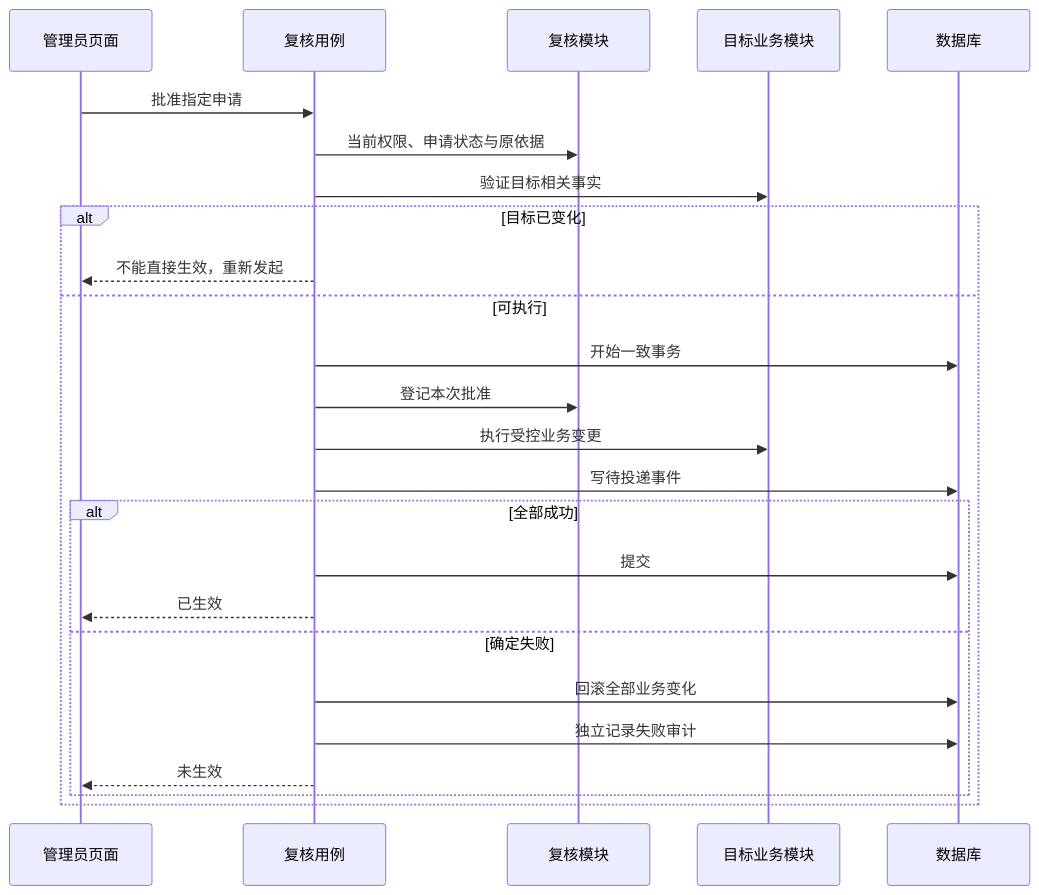
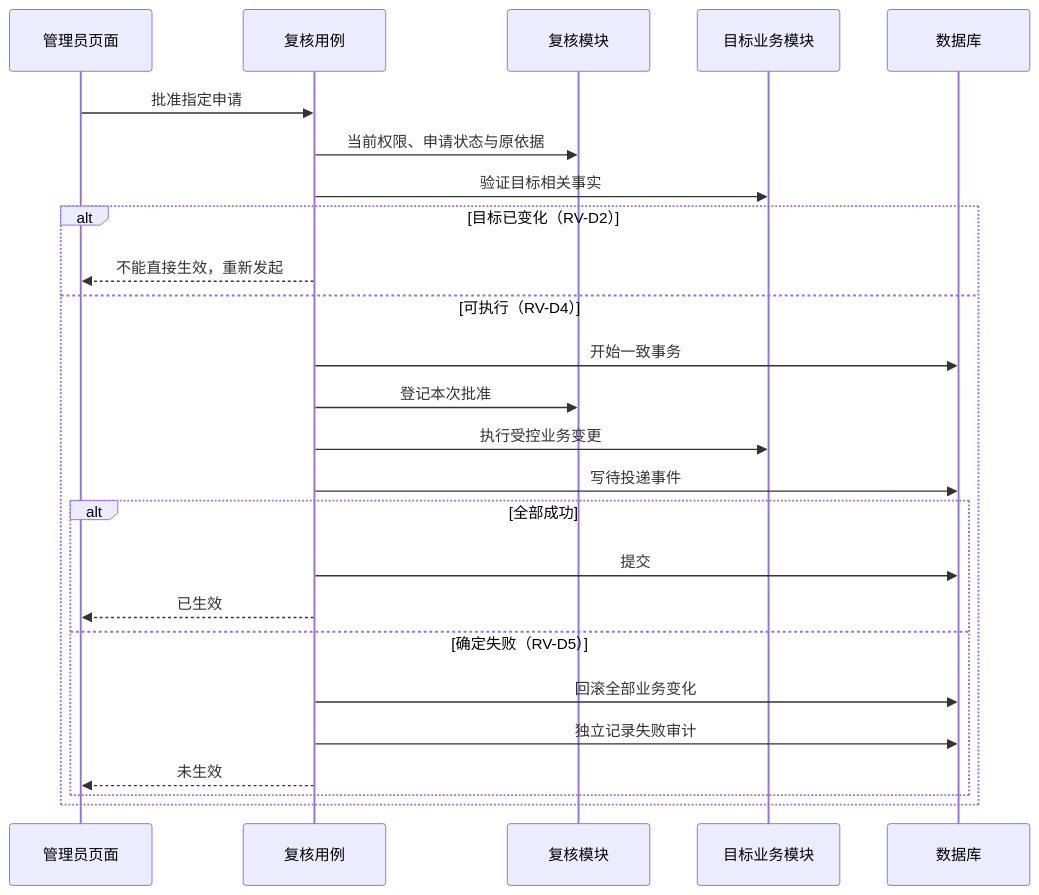
The ninth of 9 diagrams in docs/02-overall-design/MLS-DOC-OD-0003.md (whitecait/MyLibrarySystem), drawn with Mermaid before and after one commit. The commit also changed other lines of this file and 2 other files, not shown here.

````diff
--- a/docs/02-overall-design/MLS-DOC-OD-0003.md
+++ b/docs/02-overall-design/MLS-DOC-OD-0003.md
@@ -256,27 +292,27 @@
 ```mermaid
 sequenceDiagram
     participant U as 管理员页面
     participant E as 复核用例
     participant R as 复核模块
     participant M as 目标业务模块
     participant DB as 数据库
     U->>E: 批准指定申请
     E->>R: 当前权限、申请状态与原依据
     E->>M: 验证目标相关事实
-    alt 目标已变化
+    alt 目标已变化（RV-D2）
         E-->>U: 不能直接生效，重新发起
-    else 可执行
+    else 可执行（RV-D4）
         E->>DB: 开始一致事务
         E->>R: 登记本次批准
         E->>M: 执行受控业务变更
         E->>DB: 写待投递事件
         alt 全部成功
             E->>DB: 提交
             E-->>U: 已生效
-        else 确定失败
+        else 确定失败（RV-D5）
             E->>DB: 回滚全部业务变化
             E->>DB: 独立记录失败审计
             E-->>U: 未生效
         end
     end
 ```
````
